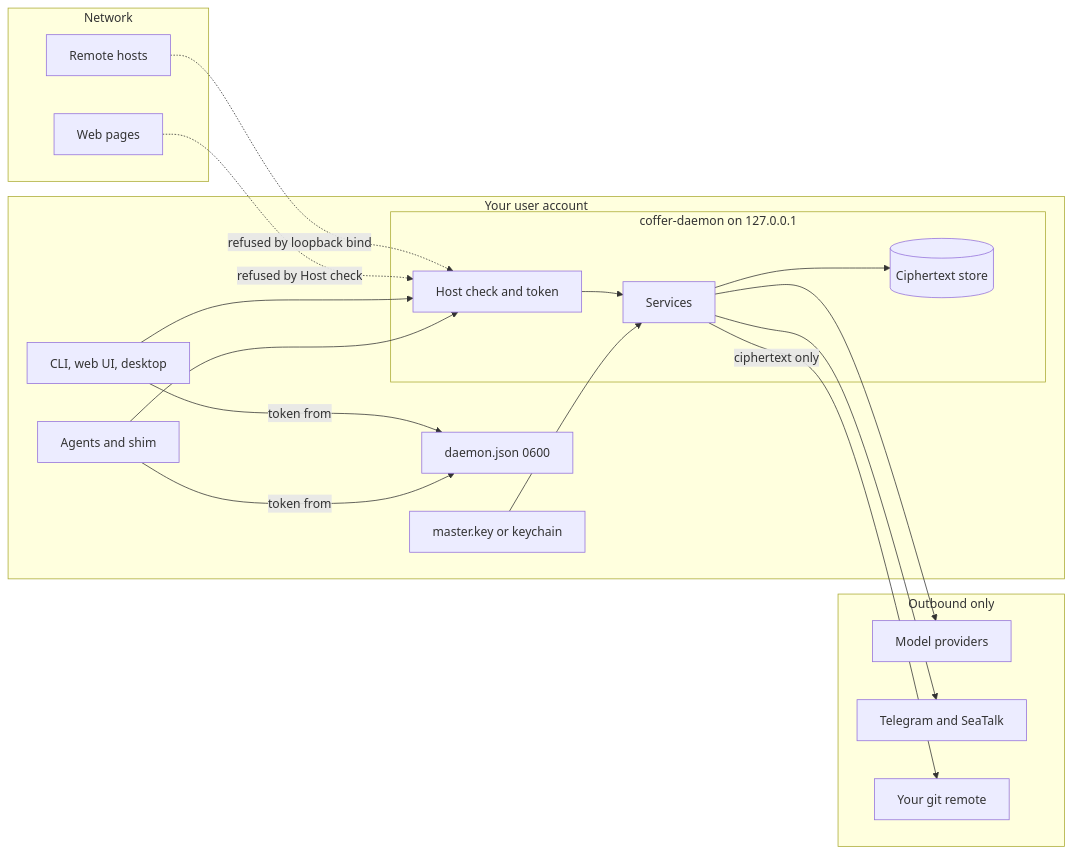
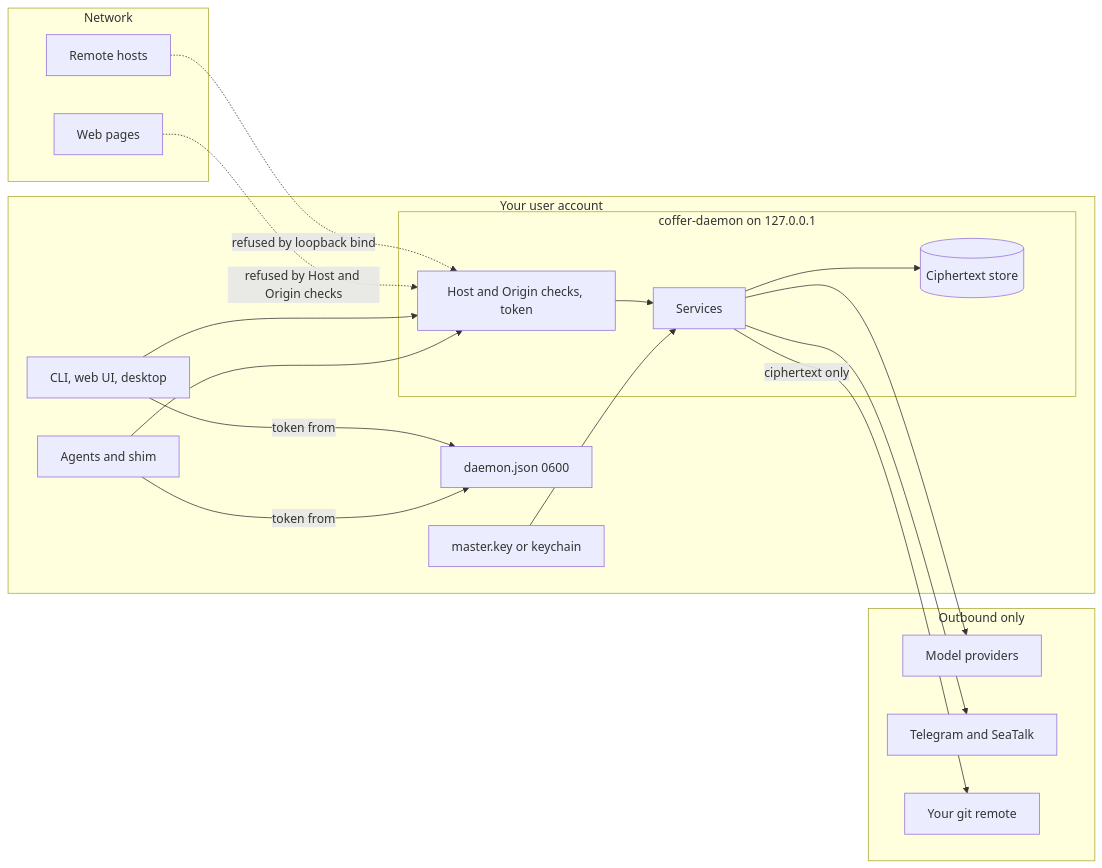
The diagram in docs-site/architecture/security.md (wyx-sg/Coffer), drawn with Mermaid before and after one commit. The commit also changed other lines of this file and 25 other files, not shown here.

First line of the commit message:
fix(daemon): refuse any request whose Host or Origin is not Coffer's own

````diff
--- a/docs-site/architecture/security.md
+++ b/docs-site/architecture/security.md
@@ -38,35 +38,35 @@
 ```mermaid
 flowchart LR
   subgraph net["Network"]
     REMOTE["Remote hosts"]
     WEBPAGE["Web pages"]
   end
   subgraph user["Your user account"]
     AGENTS["Agents and shim"]
     CLIENTS["CLI, web UI, desktop"]
     DJ["daemon.json 0600"]
     subgraph daemon["coffer-daemon on 127.0.0.1"]
-      GUARD["Host check and token"]
+      GUARD["Host and Origin checks, token"]
       CORE["Services"]
       STORE[("Ciphertext store")]
     end
     KEY["master.key or keychain"]
   end
   subgraph ext["Outbound only"]
     PROV["Model providers"]
     IM["Telegram and SeaTalk"]
     GIT["Your git remote"]
   end
   REMOTE -.->|"refused by loopback bind"| GUARD
-  WEBPAGE -.->|"refused by Host check"| GUARD
+  WEBPAGE -.->|"refused by Host and Origin checks"| GUARD
   CLIENTS -->|token from| DJ
   AGENTS -->|token from| DJ
   CLIENTS --> GUARD
   AGENTS --> GUARD
   GUARD --> CORE
   CORE --> STORE
   KEY --> CORE
   CORE --> PROV
   CORE --> IM
   CORE -->|"ciphertext only"| GIT
 ```
````
